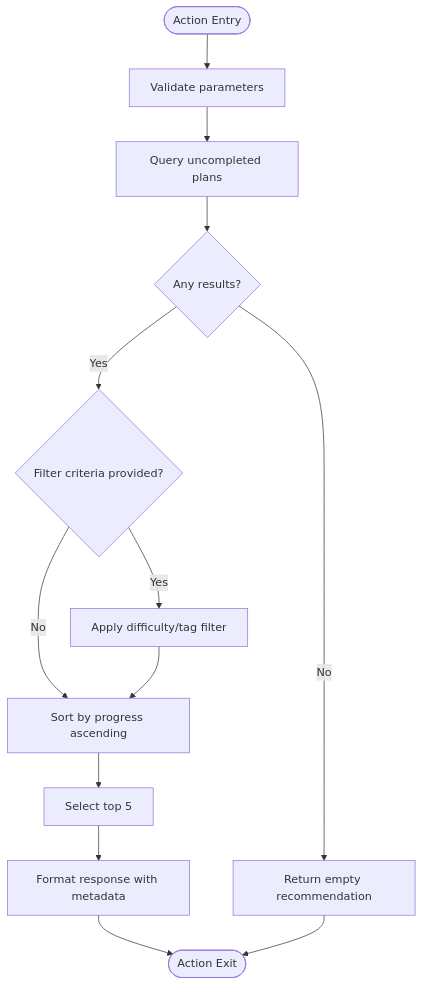
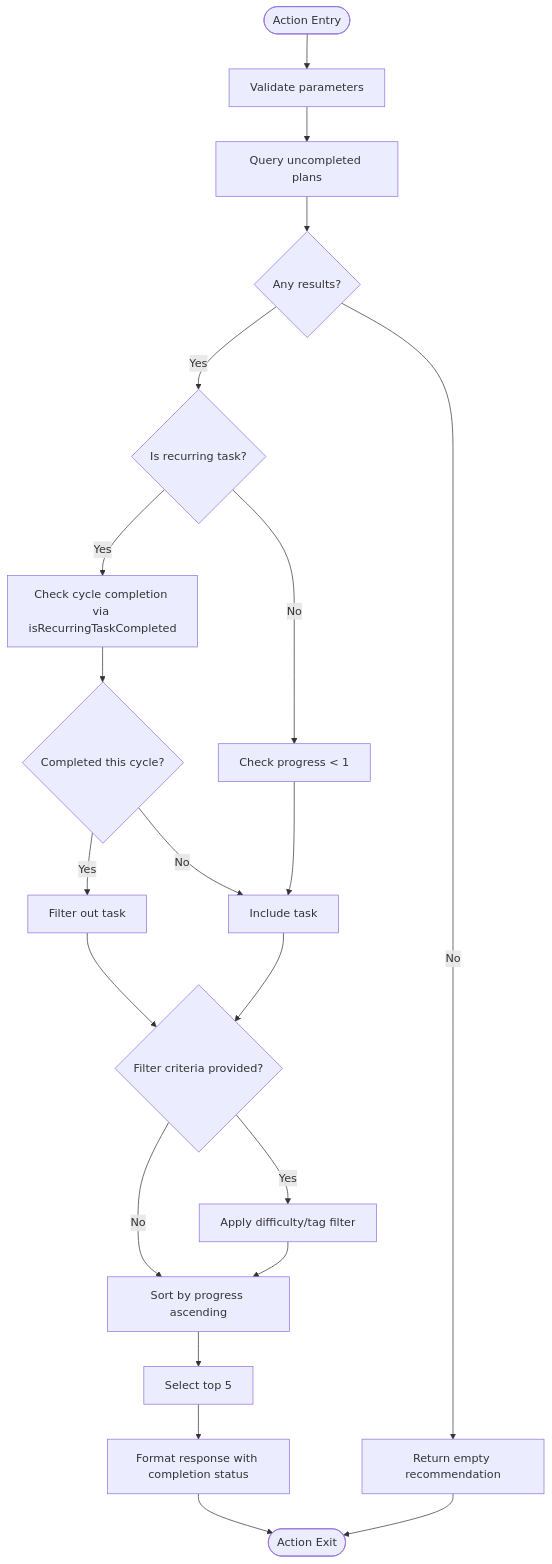
One commit to peixuanhu/goal-mate changed the third of 5 diagrams in .qoder/repowiki/en/content/AI Assistant Integration/AI Actions System/Task Recommendation Action.md. Above: the diagram before and after it, drawn with Mermaid. The commit also changed other lines of this file and 5 other files, not shown here.

````diff
--- a/.qoder/repowiki/en/content/AI Assistant Integration/AI Actions System/Task Recommendation Action.md
+++ b/.qoder/repowiki/en/content/AI Assistant Integration/AI Actions System/Task Recommendation Action.md
@@ -118,15 +132,23 @@
 ```mermaid
 flowchart TD
 Start(["Action Entry"]) --> Validate["Validate parameters"]
 Validate --> Query["Query uncompleted plans"]
 Query --> HasResults{"Any results?"}
 HasResults --> |No| Empty["Return empty recommendation"]
-HasResults --> |Yes| FilterCheck{"Filter criteria provided?"}
+HasResults --> |Yes| CompletionCheck{"Is recurring task?"}
+CompletionCheck --> |Yes| CheckCycle["Check cycle completion via isRecurringTaskCompleted"]
+CompletionCheck --> |No| ProgressCheck["Check progress < 1"]
+CheckCycle --> CycleResult{"Completed this cycle?"}
+CycleResult --> |Yes| FilterOut["Filter out task"]
+CycleResult --> |No| Include["Include task"]
+ProgressCheck --> Include
+FilterOut --> FilterCheck{"Filter criteria provided?"}
+Include --> FilterCheck
 FilterCheck --> |No| Sort["Sort by progress ascending"]
 FilterCheck --> |Yes| ApplyFilter["Apply difficulty/tag filter"]
 ApplyFilter --> Sort
 Sort --> Slice["Select top 5"]
-Slice --> Format["Format response with metadata"]
+Slice --> Format["Format response with completion status"]
 Format --> End(["Action Exit"])
 Empty --> End
 ```
````
